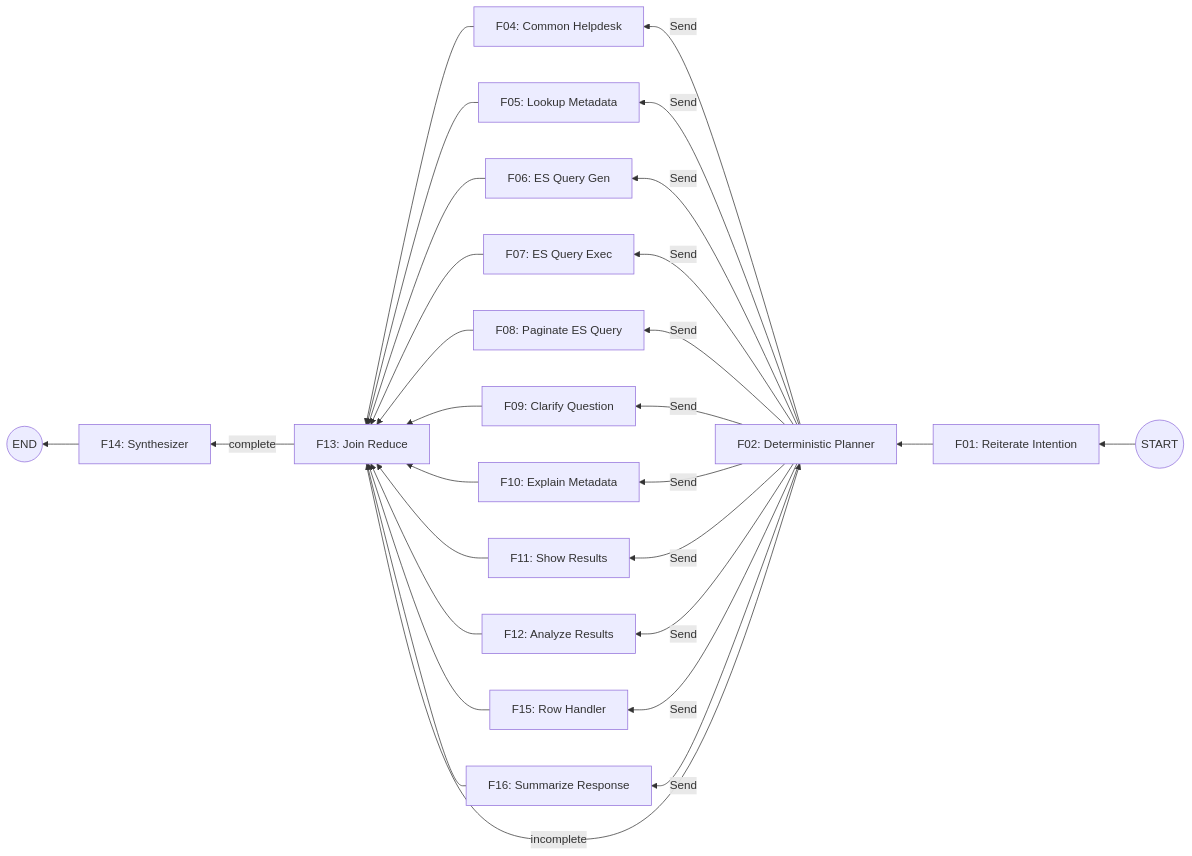
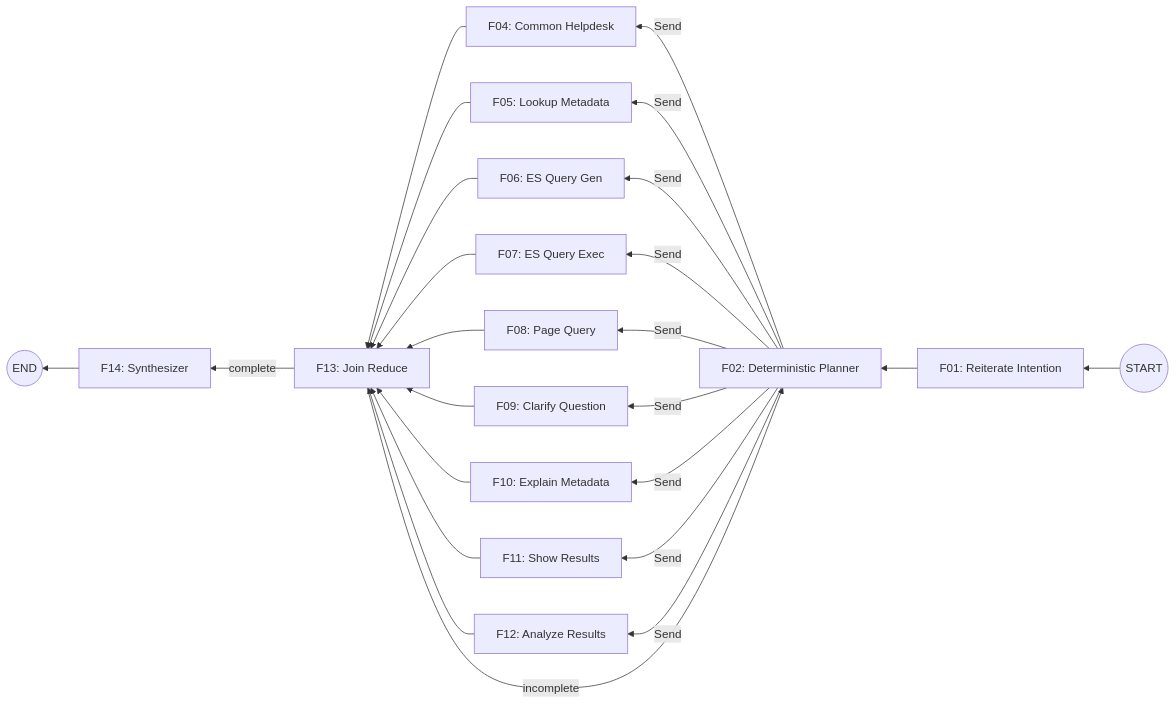
One commit to beefkknd/deterministic_planner changed the diagram in app/agent/main_agent4/docs/README.md. Above: the diagram before and after it, drawn with Mermaid. The commit also changed other lines of this file and 2 other files, not shown here.

````diff
--- a/app/agent/main_agent4/docs/README.md
+++ b/app/agent/main_agent4/docs/README.md
@@ -28,33 +28,29 @@
 ```mermaid
 flowchart RL
     START(("START")) --> F01["F01: Reiterate Intention"]
     F01 --> F02["F02: Deterministic Planner"]
 
     F02 -- Send --> F04["F04: Common Helpdesk"]
     F02 -- Send --> F05["F05: Lookup Metadata"]
     F02 -- Send --> F06["F06: ES Query Gen"]
     F02 -- Send --> F07["F07: ES Query Exec"]
-    F02 -- Send --> F08["F08: Paginate ES Query"]
+    F02 -- Send --> F08["F08: Page Query"]
     F02 -- Send --> F09["F09: Clarify Question"]
     F02 -- Send --> F10["F10: Explain Metadata"]
     F02 -- Send --> F11["F11: Show Results"]
     F02 -- Send --> F12["F12: Analyze Results"]
-    F02 -- Send --> F15["F15: Row Handler"]
-    F02 -- Send --> F16["F16: Summarize Response"]
 
     F04 --> F13[F13: Join Reduce]
     F05 --> F13
     F06 --> F13
     F07 --> F13
     F08 --> F13
     F09 --> F13
     F10 --> F13
     F11 --> F13
     F12 --> F13
-    F15 --> F13
-    F16 --> F13
 
     F13 -- incomplete --> F02
     F13 -- complete --> F14[F14: Synthesizer]
     F14 --> END(("END"))
 ```
````
